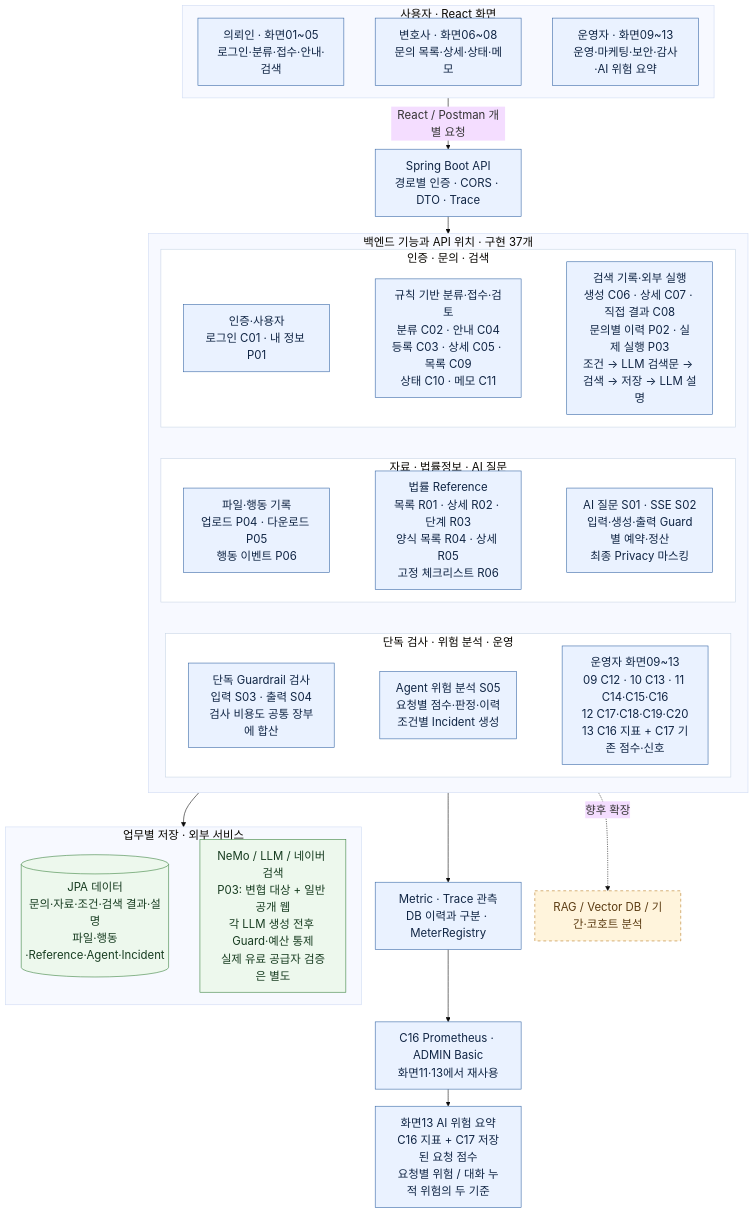
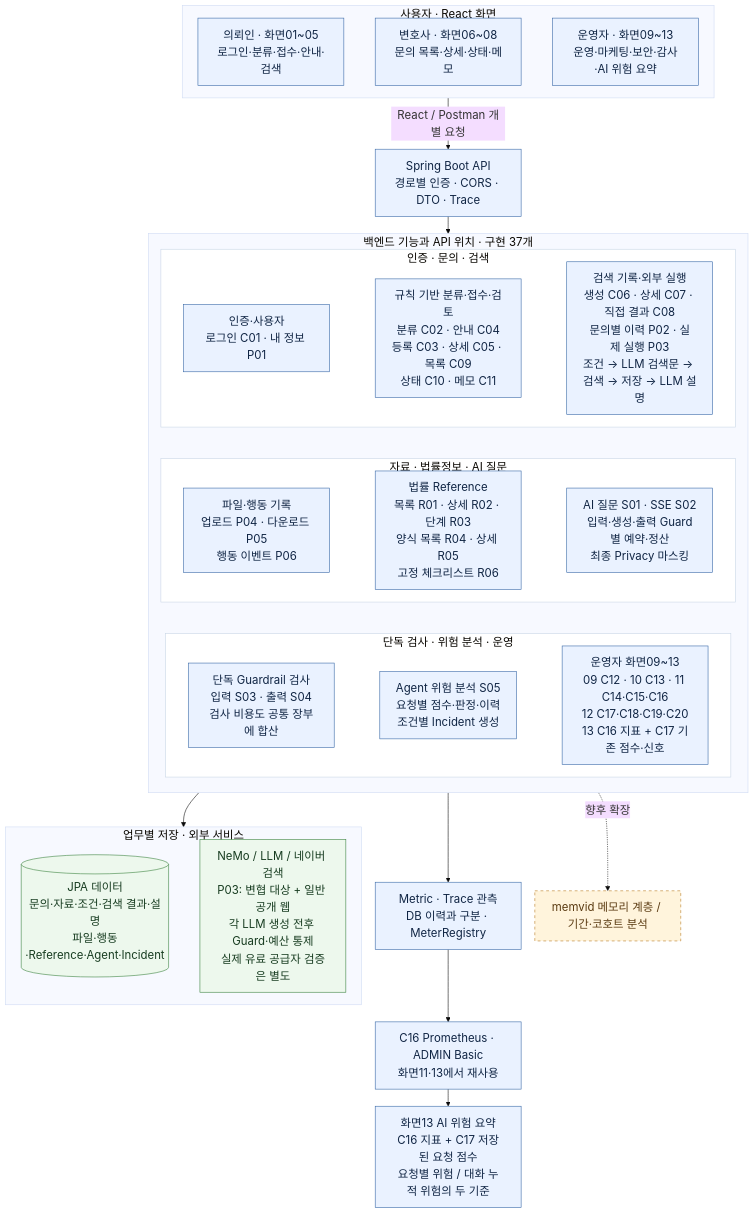
One commit to ai-agent-orchestrator/legal-ai-intake-system changed the diagram in docs/diagrams/01_SYSTEM_OVERVIEW.mmd. Above: the diagram before and after it, drawn with Mermaid. The commit also changed 6 other files, not shown here.

First line of the commit message:
docs: 향후 계획 문구의 RAG·Vector DB를 memvid 메모리 계층으로 정정

```diff
--- a/docs/diagrams/01_SYSTEM_OVERVIEW.mmd
+++ b/docs/diagrams/01_SYSTEM_OVERVIEW.mmd
@@ -1,56 +1,56 @@
 %%{init: {"theme":"base","themeVariables":{"fontSize":"20px","fontFamily":"Malgun Gothic, sans-serif"},"flowchart":{"useMaxWidth":false,"htmlLabels":true,"nodeSpacing":24,"rankSpacing":30,"padding":14}}}%%
 flowchart TD
     subgraph Users["사용자 · React 화면"]
         direction LR
         Client["의뢰인 · 화면01~05<br/>로그인·분류·접수·안내·검색"]
         Attorney["변호사 · 화면06~08<br/>문의 목록·상세·상태·메모"]
         Operator["운영자 · 화면09~13<br/>운영·마케팅·보안·감사·AI 위험 요약"]
         Client ~~~ Attorney ~~~ Operator
     end
     Users -->|"React / Postman 개별 요청"| Api["Spring Boot API<br/>경로별 인증 · CORS · DTO · Trace"]
     Api --> Backend
     subgraph Backend["백엔드 기능과 API 위치 · 구현 37개"]
         direction TB
         subgraph Row1["인증 · 문의 · 검색"]
             direction LR
             Account["인증·사용자<br/>로그인 C01 · 내 정보 P01"]
             Intake["규칙 기반 분류·접수·검토<br/>분류 C02 · 안내 C04<br/>등록 C03 · 상세 C05 · 목록 C09<br/>상태 C10 · 메모 C11"]
             Search["검색 기록·외부 실행<br/>생성 C06 · 상세 C07 · 직접 결과 C08<br/>문의별 이력 P02 · 실제 실행 P03<br/>조건 → LLM 검색문 → 검색 → 저장 → LLM 설명"]
             Account ~~~ Intake ~~~ Search
         end
         subgraph Row2["자료 · 법률정보 · AI 질문"]
             direction LR
             Materials["파일·행동 기록<br/>업로드 P04 · 다운로드 P05<br/>행동 이벤트 P06"]
             Reference["법률 Reference<br/>목록 R01 · 상세 R02 · 단계 R03<br/>양식 목록 R04 · 상세 R05<br/>고정 체크리스트 R06"]
             Chat["AI 질문 S01 · SSE S02<br/>입력·생성·출력 Guard별 예약·정산<br/>최종 Privacy 마스킹"]
             Materials ~~~ Reference ~~~ Chat
         end
         subgraph Row3["단독 검사 · 위험 분석 · 운영"]
             direction LR
             Standalone["단독 Guardrail 검사<br/>입력 S03 · 출력 S04<br/>검사 비용도 공통 장부에 합산"]
             RiskAnalyze["Agent 위험 분석 S05<br/>요청별 점수·판정·이력<br/>조건별 Incident 생성"]
             Reporting["운영자 화면09~13<br/>09 C12 · 10 C13 · 11 C14·C15·C16<br/>12 C17·C18·C19·C20<br/>13 C16 지표 + C17 기존 점수·신호"]
             Standalone ~~~ RiskAnalyze ~~~ Reporting
         end
         Row1 ~~~ Row2 ~~~ Row3
     end
     Backend --> Dependencies
     subgraph Dependencies["업무별 저장 · 외부 서비스"]
         direction LR
         Store[("JPA 데이터<br/>문의·자료·조건·검색 결과·설명<br/>파일·행동·Reference·Agent·Incident")]
         External["NeMo / LLM / 네이버 검색<br/>P03: 변협 대상 + 일반 공개 웹<br/>각 LLM 생성 전후 Guard·예산 통제<br/>실제 유료 공급자 검증은 별도"]
         Store ~~~ External
     end
     Backend --> Metrics["Metric · Trace 관측<br/>DB 이력과 구분 · MeterRegistry"]
     Metrics --> Monitor["C16 Prometheus · ADMIN Basic<br/>화면11·13에서 재사용"]
     Monitor --> Observability["화면13 AI 위험 요약<br/>C16 지표 + C17 저장된 요청 점수<br/>요청별 위험 / 대화 누적 위험의 두 기준"]
-    Backend -. "향후 확장" .-> Future["RAG / Vector DB / 기간·코호트 분석"]
+    Backend -. "향후 확장" .-> Future["memvid 메모리 계층 / 기간·코호트 분석"]
     classDef implemented fill:#eaf2ff,stroke:#3465a4,color:#102544
     classDef planned fill:#fff4dc,stroke:#b7791f,stroke-dasharray:5 5,color:#5b3b12
     classDef data fill:#edf8ed,stroke:#38803c,color:#173c20
     class Client,Attorney,Operator,Api,Account,Intake,Search,Materials,Reference,Chat,Standalone,RiskAnalyze,Reporting,Metrics,Monitor,Observability implemented
     class Future planned
     class Store,External data
     style Row1 fill:#ffffff,stroke:#c8d6e5
     style Row2 fill:#ffffff,stroke:#c8d6e5
     style Row3 fill:#ffffff,stroke:#c8d6e5
```
